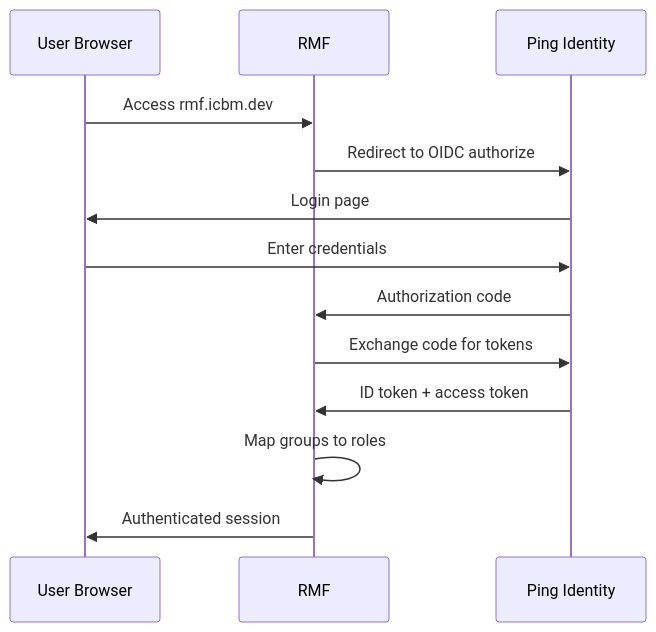
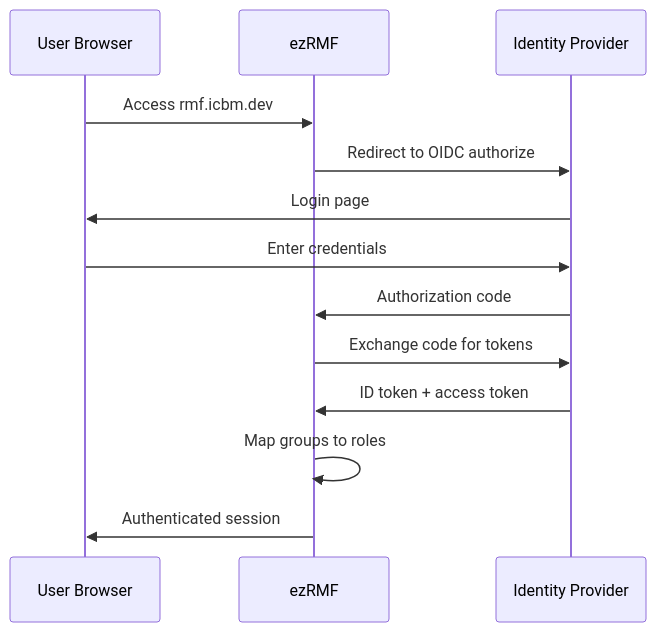
Before and after one commit to shebashio/docs: the second of 2 diagrams in rmf/roles-and-permissions.mdx, drawn with Mermaid. The commit also changed other lines of this file and 24 other files, not shown here.

First line of the commit message:
feat(docs): rebrand RMF to ezRMF with updated architecture and new pages

````diff
--- a/rmf/roles-and-permissions.mdx
+++ b/rmf/roles-and-permissions.mdx
@@ -93,16 +106,16 @@
 ```mermaid
 sequenceDiagram
     participant User as User Browser
-    participant RMF as RMF
-    participant Ping as Ping Identity
+    participant ezRMF as ezRMF
+    participant IDP as Identity Provider
 
-    User->>RMF: Access rmf.icbm.dev
-    RMF->>Ping: Redirect to OIDC authorize
-    Ping->>User: Login page
-    User->>Ping: Enter credentials
-    Ping->>RMF: Authorization code
-    RMF->>Ping: Exchange code for tokens
-    Ping->>RMF: ID token + access token
-    RMF->>RMF: Map groups to roles
-    RMF->>User: Authenticated session
+    User->>ezRMF: Access rmf.icbm.dev
+    ezRMF->>IDP: Redirect to OIDC authorize
+    IDP->>User: Login page
+    User->>IDP: Enter credentials
+    IDP->>ezRMF: Authorization code
+    ezRMF->>IDP: Exchange code for tokens
+    IDP->>ezRMF: ID token + access token
+    ezRMF->>ezRMF: Map groups to roles
+    ezRMF->>User: Authenticated session
 ```
````
